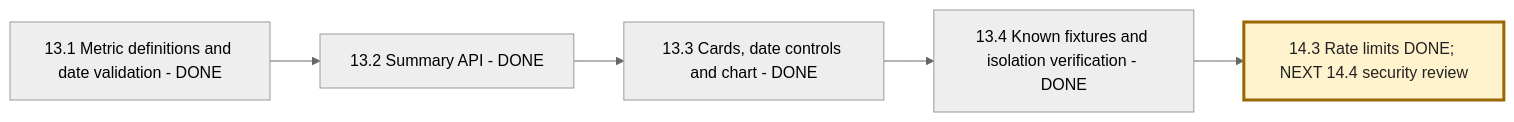
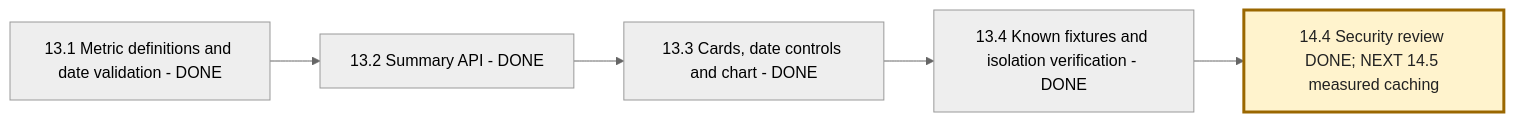
Before and after one commit to msdian0007/nexaAi: the fifth of 6 diagrams in NEXAAI_ROADMAP.md, drawn with Mermaid (neutral theme). The commit also changed other lines of this file and 22 other files, not shown here.

````diff
--- a/NEXAAI_ROADMAP.md
+++ b/NEXAAI_ROADMAP.md
@@ -347,8 +352,8 @@
 ```mermaid
 flowchart LR
     A[13.1 Metric definitions and date validation - DONE] --> B[13.2 Summary API - DONE]
     B --> C[13.3 Cards, date controls and chart - DONE]
     C --> D[13.4 Known fixtures and isolation verification - DONE]
-    D --> E[14.3 Rate limits DONE; NEXT 14.4 security review]
+    D --> E[14.4 Security review DONE; NEXT 14.5 measured caching]
     style E fill:#fff3cd,stroke:#9a6700,stroke-width:3px,color:#222
 ```
````
